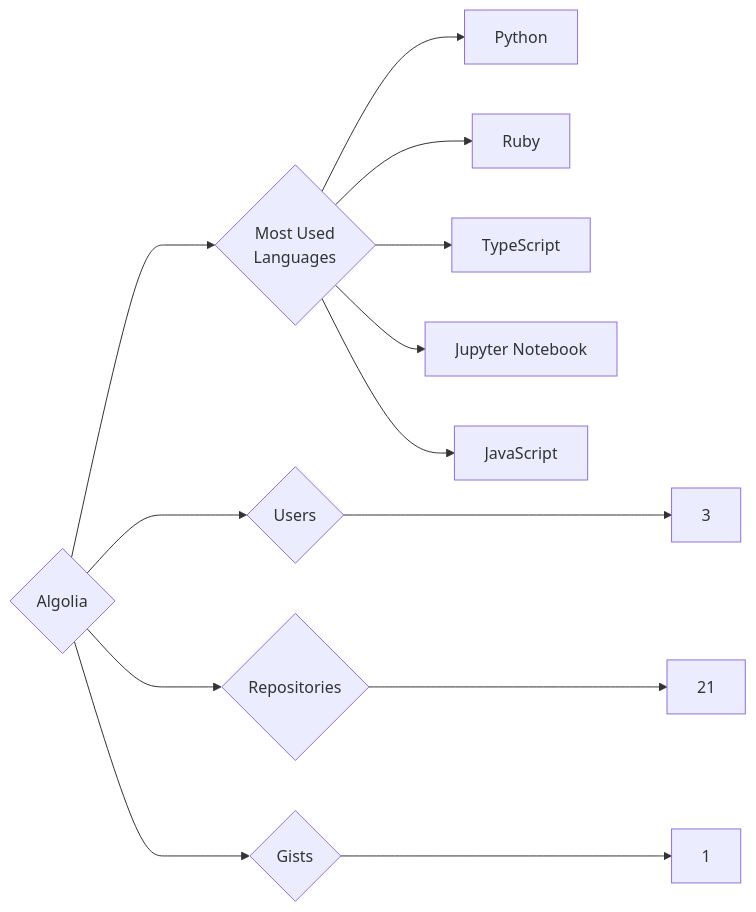
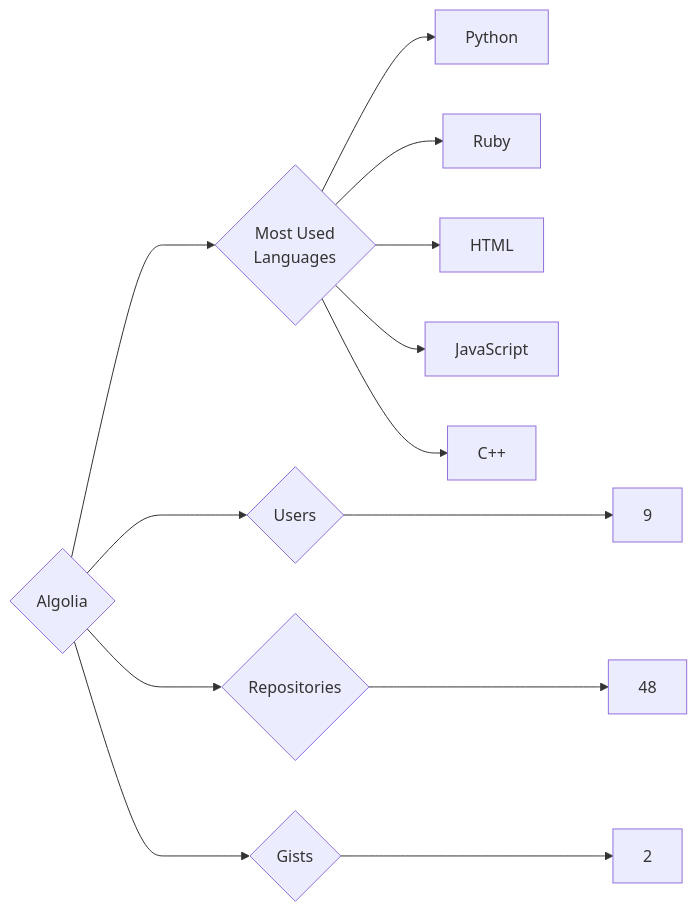
One commit to trickest/insiders changed the diagram in targets/Algolia/README.md. Above: the diagram before and after it, drawn with Mermaid. The commit also changed 1148 other files, not shown here.

````diff
--- a/targets/Algolia/README.md
+++ b/targets/Algolia/README.md
@@ -3,13 +3,13 @@
 ```mermaid
 graph LR
 COMPANY_NAME{Algolia}
-COMPANY_NAME ---> U{Users} ---> UN[3]
-COMPANY_NAME ---> R{Repositories} ---> RN[21]
-COMPANY_NAME ---> G{Gists} ---> GN[1]
+COMPANY_NAME ---> U{Users} ---> UN[9]
+COMPANY_NAME ---> R{Repositories} ---> RN[48]
+COMPANY_NAME ---> G{Gists} ---> GN[2]
 COMPANY_NAME ---> ML{Most Used<br>Languages}
 ML --> Python[Python]
 ML --> Ruby[Ruby]
-ML --> TypeScript[TypeScript]
-ML --> Jupyter_Notebook[Jupyter Notebook]
+ML --> HTML[HTML]
 ML --> JavaScript[JavaScript]
+ML --> C++[C++]
 ```
````
